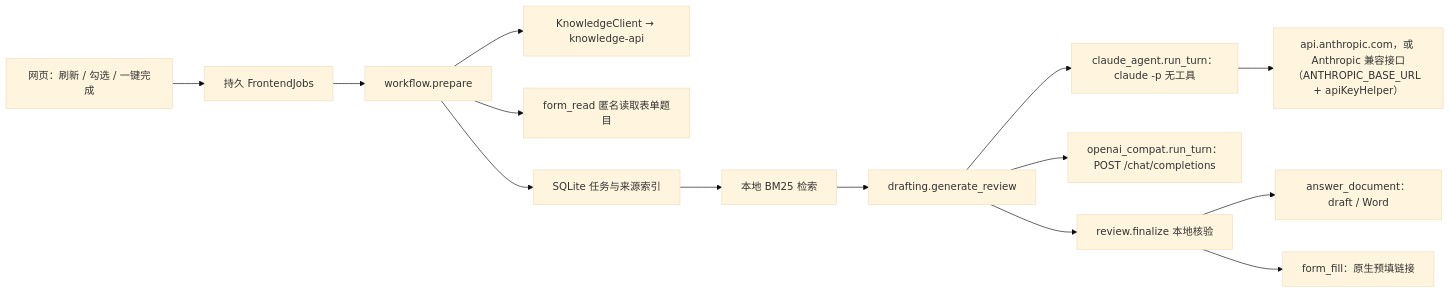
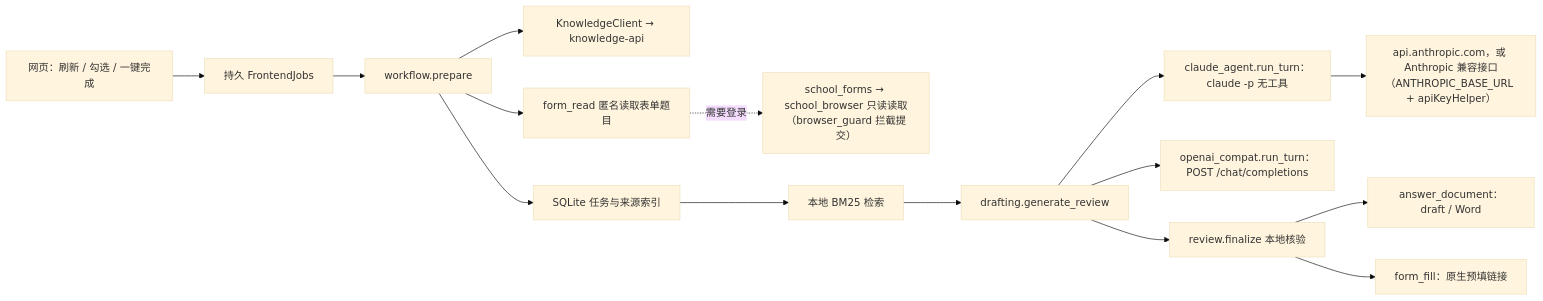
The diagram in docs/architecture.md (shu2223/classroomautowork), drawn with Mermaid (base theme) before and after one commit. The commit also changed other lines of this file and 26 other files, not shown here.

First line of the commit message:
Read login-only Google Forms with a school login on this machine, never submit

````diff
--- a/docs/architecture.md
+++ b/docs/architecture.md
@@ -3,16 +3,17 @@
 ```mermaid
 flowchart LR
   UI[网页：刷新 / 勾选 / 一键完成] --> J[持久 FrontendJobs]
   J --> W[workflow.prepare]
   W --> K[KnowledgeClient → knowledge-api]
   W --> FR[form_read 匿名读取表单题目]
+  FR -.需要登录.-> SF[school_forms → school_browser 只读读取（browser_guard 拦截提交）]
   W --> T[SQLite 任务与来源索引]
   T --> R[本地 BM25 检索]
   R --> D[drafting.generate_review]
   D --> C[claude_agent.run_turn：claude -p 无工具]
   C --> CA[api.anthropic.com，或 Anthropic 兼容接口（ANTHROPIC_BASE_URL + apiKeyHelper）]
   D --> O[openai_compat.run_turn：POST /chat/completions]
   D --> V[review.finalize 本地核验]
   V --> A[answer_document：draft / Word]
   V --> FF[form_fill：原生预填链接]
 ```
````
